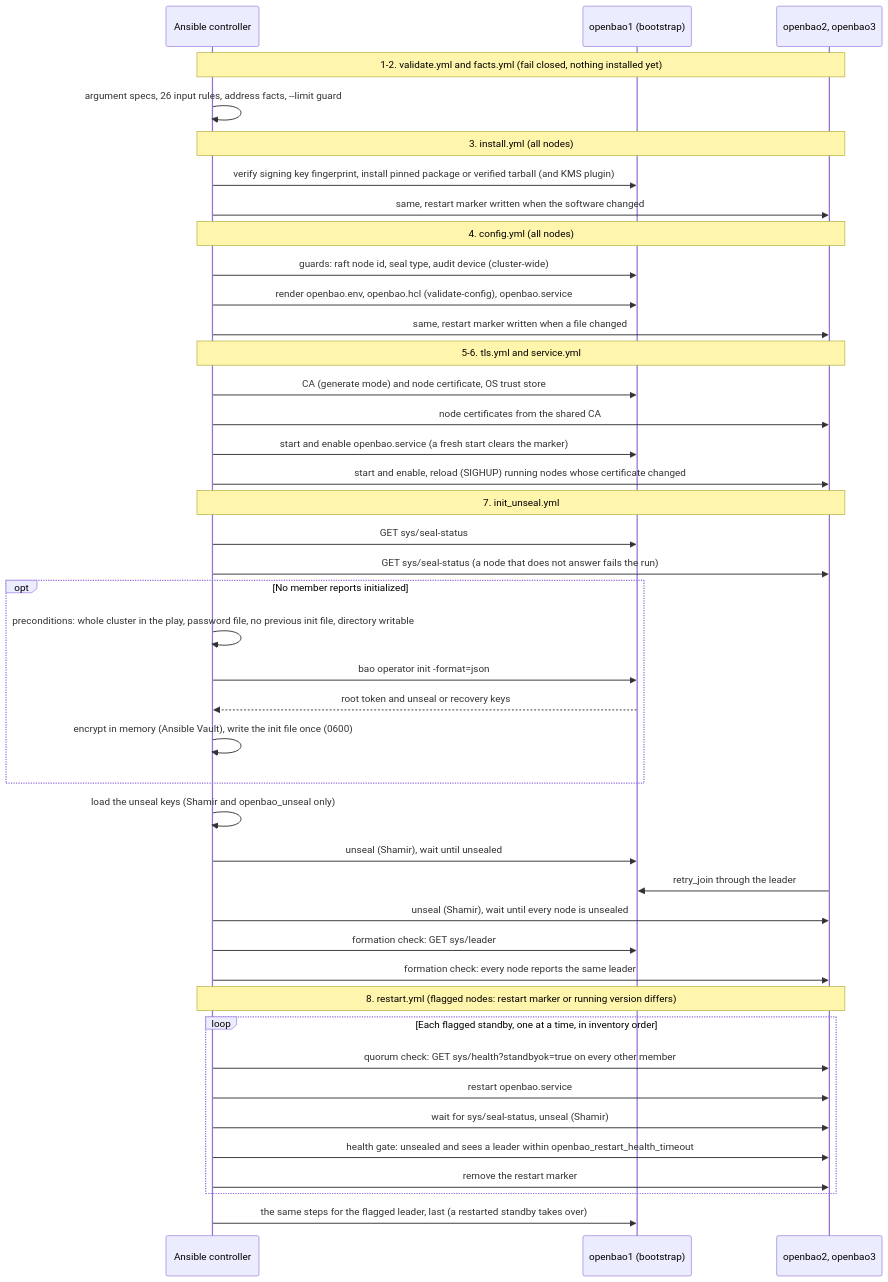
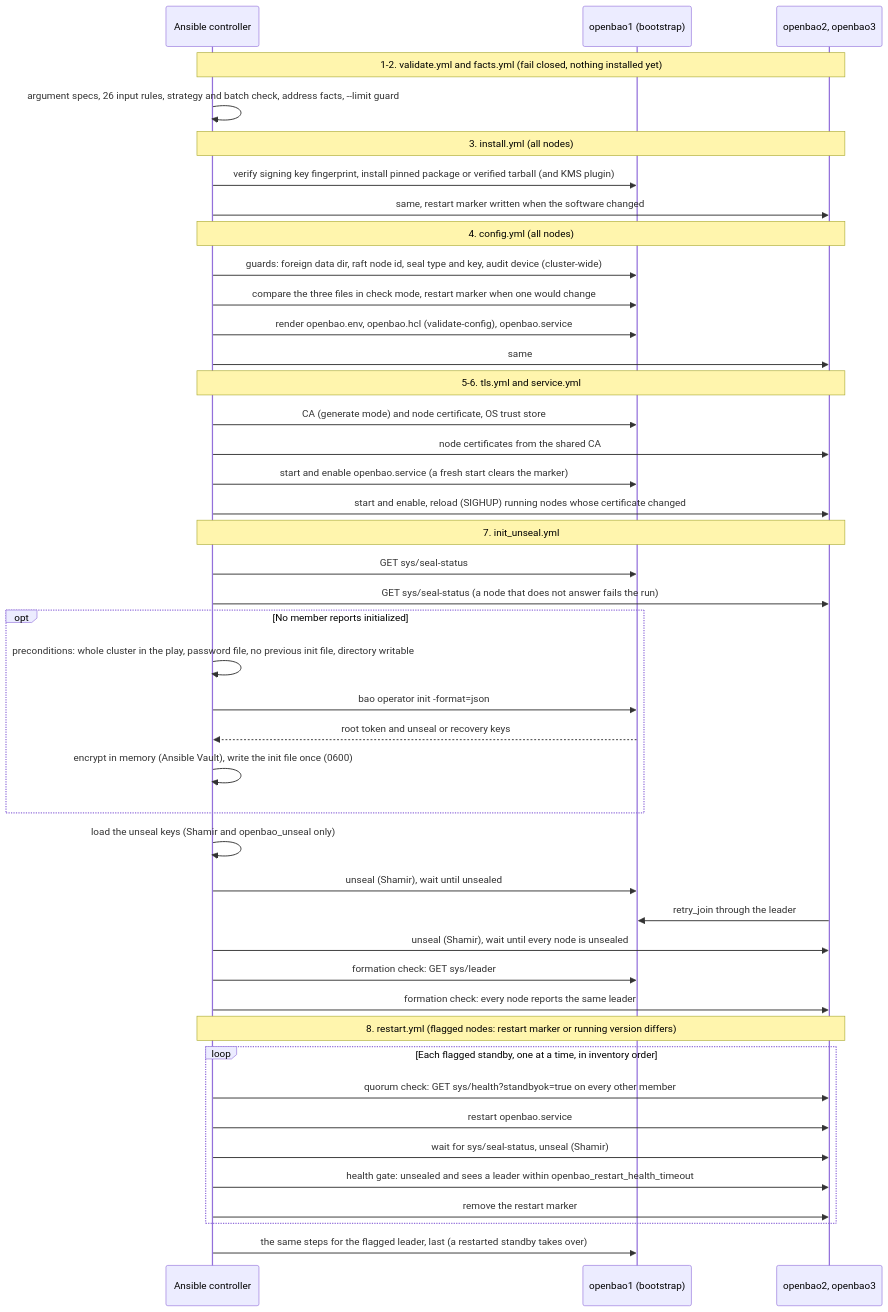
One commit to devopsgroupeu/ansible-role-openbao changed the second of 2 diagrams in docs/ARCHITECTURE.md. Above: the diagram before and after it, drawn with Mermaid. The commit also changed other lines of this file and 4 other files, not shown here.

````diff
--- a/docs/ARCHITECTURE.md
+++ b/docs/ARCHITECTURE.md
@@ -92,50 +96,51 @@
 ```mermaid
 sequenceDiagram
     participant C as Ansible controller
     participant B as openbao1 (bootstrap)
     participant O as openbao2, openbao3
 
     Note over C,O: 1-2. validate.yml and facts.yml (fail closed, nothing installed yet)
-    C->>C: argument specs, 26 input rules, address facts, --limit guard
+    C->>C: argument specs, 26 input rules, strategy and batch check, address facts, --limit guard
 
     Note over C,O: 3. install.yml (all nodes)
     C->>B: verify signing key fingerprint, install pinned package or verified tarball (and KMS plugin)
     C->>O: same, restart marker written when the software changed
 
     Note over C,O: 4. config.yml (all nodes)
-    C->>B: guards: raft node id, seal type, audit device (cluster-wide)
+    C->>B: guards: foreign data dir, raft node id, seal type and key, audit device (cluster-wide)
+    C->>B: compare the three files in check mode, restart marker when one would change
     C->>B: render openbao.env, openbao.hcl (validate-config), openbao.service
-    C->>O: same, restart marker written when a file changed
+    C->>O: same
 
     Note over C,O: 5-6. tls.yml and service.yml
     C->>B: CA (generate mode) and node certificate, OS trust store
     C->>O: node certificates from the shared CA
     C->>B: start and enable openbao.service (a fresh start clears the marker)
     C->>O: start and enable, reload (SIGHUP) running nodes whose certificate changed
 
     Note over C,O: 7. init_unseal.yml
     C->>B: GET sys/seal-status
     C->>O: GET sys/seal-status (a node that does not answer fails the run)
     opt No member reports initialized
         C->>C: preconditions: whole cluster in the play, password file, no previous init file, directory writable
         C->>B: bao operator init -format=json
         B-->>C: root token and unseal or recovery keys
         C->>C: encrypt in memory (Ansible Vault), write the init file once (0600)
     end
     C->>C: load the unseal keys (Shamir and openbao_unseal only)
     C->>B: unseal (Shamir), wait until unsealed
     O->>B: retry_join through the leader
     C->>O: unseal (Shamir), wait until every node is unsealed
     C->>B: formation check: GET sys/leader
     C->>O: formation check: every node reports the same leader
 
     Note over C,O: 8. restart.yml (flagged nodes: restart marker or running version differs)
     loop Each flagged standby, one at a time, in inventory order
         C->>O: quorum check: GET sys/health?standbyok=true on every other member
         C->>O: restart openbao.service
         C->>O: wait for sys/seal-status, unseal (Shamir)
         C->>O: health gate: unsealed and sees a leader within openbao_restart_health_timeout
         C->>O: remove the restart marker
     end
     C->>B: the same steps for the flagged leader, last (a restarted standby takes over)
 ```
````
